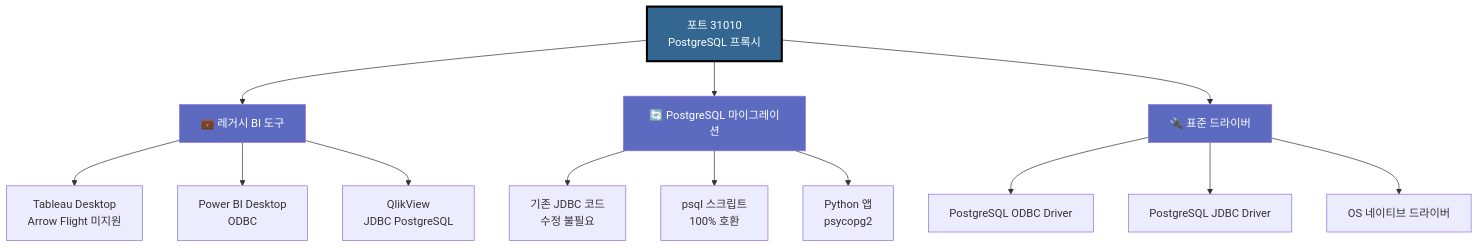
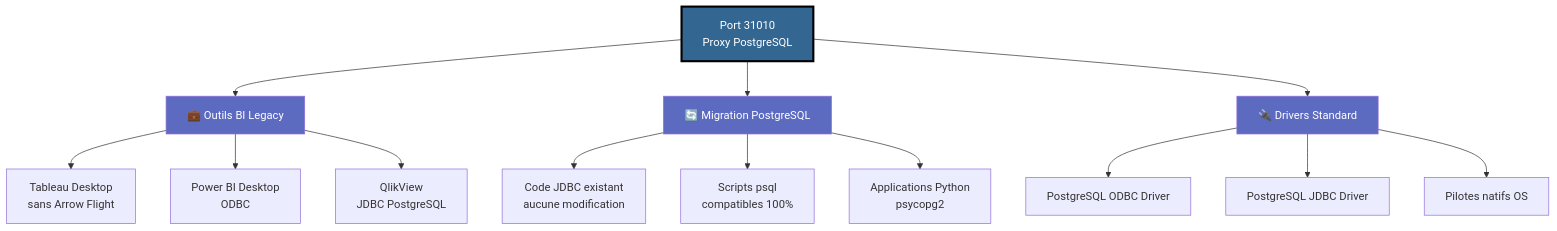
One commit to Monsau/Talentys-OSS-Data-Platform changed the sixth of 9 diagrams in docs/i18n/ko/architecture/dremio-ports-visual.md. Above: the diagram before and after it, drawn with Mermaid. The commit also changed other lines of this file and 485 other files, not shown here.

First line of the commit message:
feat: v1.1.0 - Complete i18n roadmap, AI services, and data platform

````diff
--- a/docs/i18n/ko/architecture/dremio-ports-visual.md
+++ b/docs/i18n/ko/architecture/dremio-ports-visual.md
@@ -194,25 +194,25 @@
 ```mermaid
 graph TB
-    A[포트 31010<br/>PostgreSQL 프록시]
+    A[Port 31010<br/>Proxy PostgreSQL]
     
-    A --> B1[💼 레거시 BI 도구]
-    A --> B2[🔄 PostgreSQL 마이그레이션]
-    A --> B3[🔌 표준 드라이버]
+    A --> B1[💼 Outils BI Legacy]
+    A --> B2[🔄 Migration PostgreSQL]
+    A --> B3[🔌 Drivers Standard]
     
-    B1 --> C1[Tableau Desktop<br/>Arrow Flight 미지원]
+    B1 --> C1[Tableau Desktop<br/>sans Arrow Flight]
     B1 --> C2[Power BI Desktop<br/>ODBC]
     B1 --> C3[QlikView<br/>JDBC PostgreSQL]
     
-    B2 --> D1[기존 JDBC 코드<br/>수정 불필요]
-    B2 --> D2[psql 스크립트<br/>100% 호환]
-    B2 --> D3[Python 앱<br/>psycopg2]
+    B2 --> D1[Code JDBC existant<br/>aucune modification]
+    B2 --> D2[Scripts psql<br/>compatibles 100%]
+    B2 --> D3[Applications Python<br/>psycopg2]
     
     B3 --> E1[PostgreSQL ODBC Driver]
     B3 --> E2[PostgreSQL JDBC Driver]
-    B3 --> E3[OS 네이티브 드라이버]
+    B3 --> E3[Pilotes natifs OS]
     
     style A fill:#336791,color:#fff,stroke:#000,stroke-width:3px
     style B1 fill:#5C6BC0,color:#fff
     style B2 fill:#5C6BC0,color:#fff
     style B3 fill:#5C6BC0,color:#fff
 ```
````
